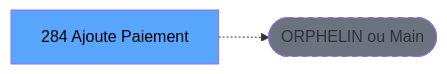
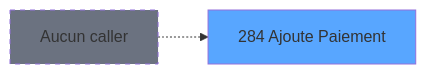
The second of 3 diagrams in .openspec/specs/ADH-IDE-284.md (thonyAGP/magic-migration), drawn with Mermaid before and after one commit. The commit also changed other lines of this file and 493 other files, not shown here.

````diff
--- a/.openspec/specs/ADH-IDE-284.md
+++ b/.openspec/specs/ADH-IDE-284.md
@@ -121,8 +166,8 @@
 ```mermaid
 graph LR
-    T[284 Ajoute Paiement]
-    ORPHAN([ORPHELIN ou Main])
-    T -.-> ORPHAN
-    style T fill:#58a6ff,color:#000
-    style ORPHAN fill:#6b7280,stroke-dasharray: 5 5
+    T284[284 Ajoute Paiement]
+    style T284 fill:#58a6ff
+    NONE[Aucun caller]
+    NONE -.-> T284
+    style NONE fill:#6b7280,stroke-dasharray: 5 5
 ```
````
